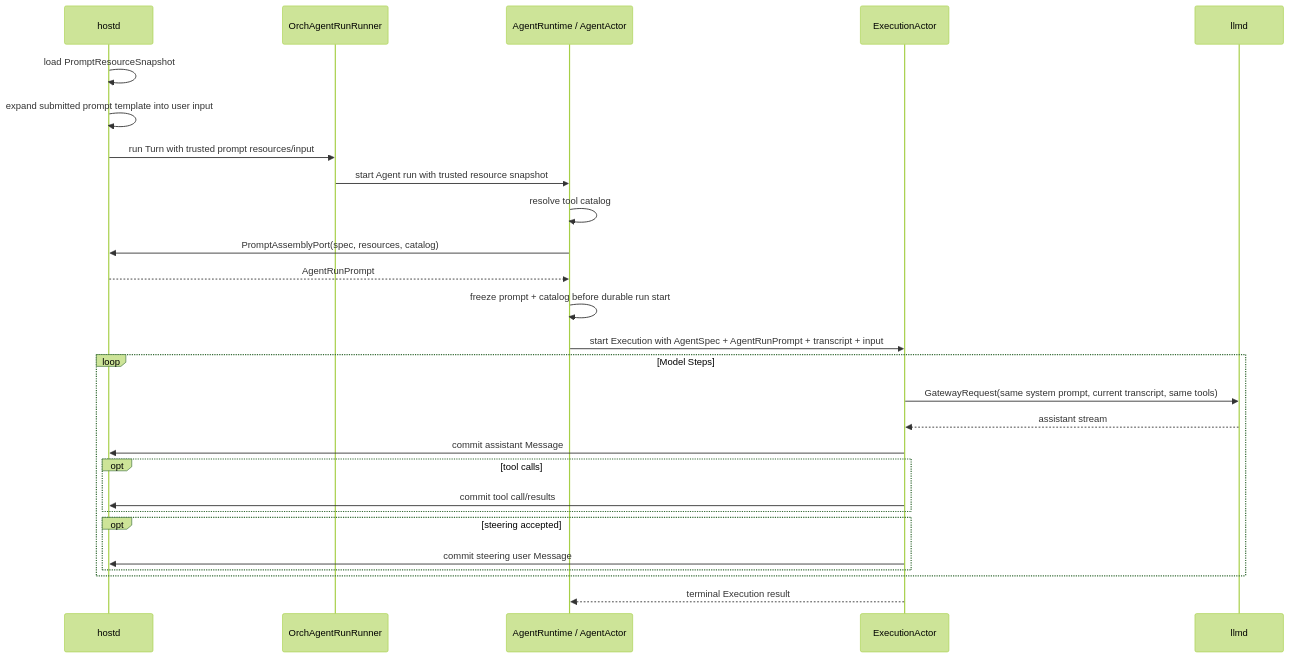
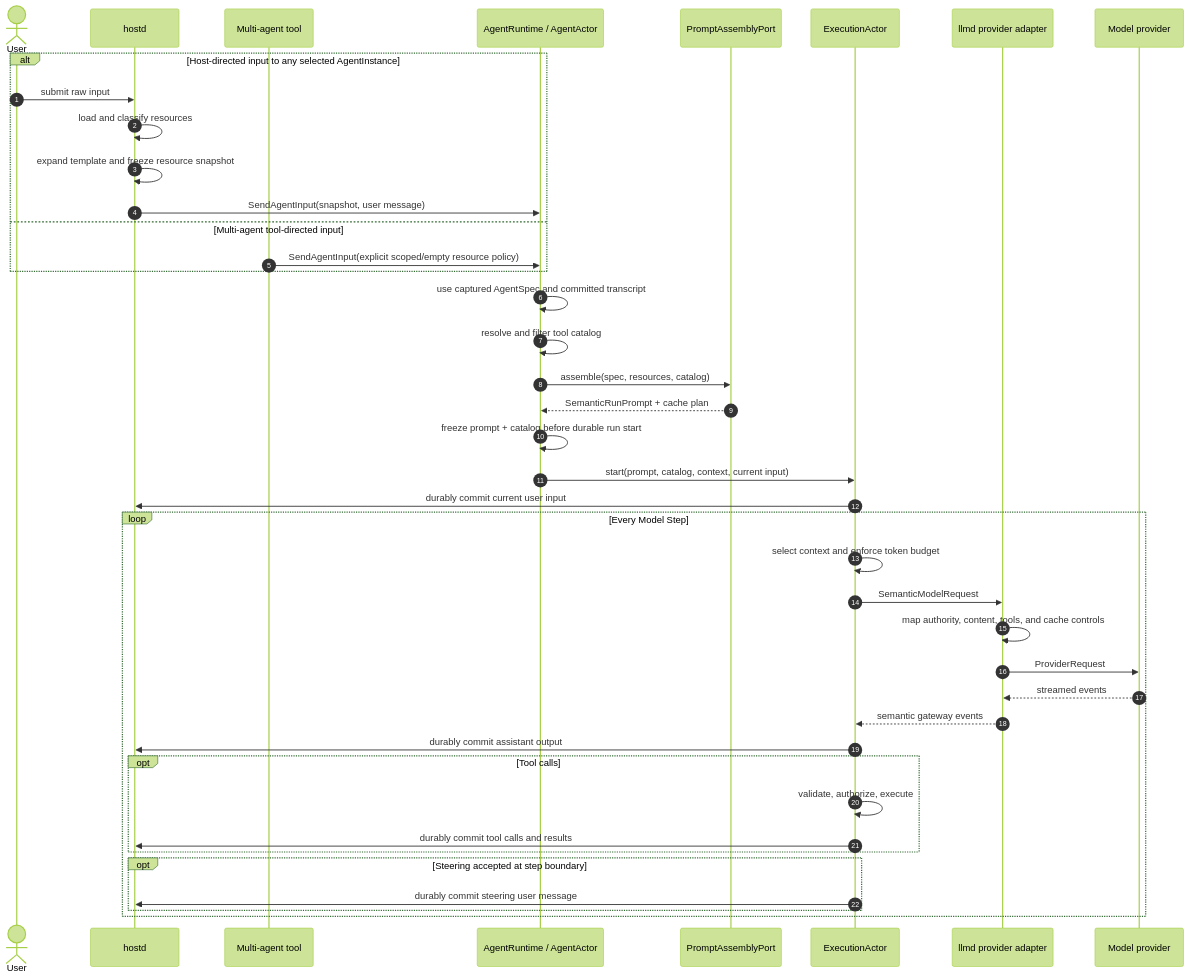
The second of 2 diagrams in docs/agent-prompt-assembly-design.md (biuld/piko), drawn with Mermaid (forest theme) before and after one commit. The commit also changed other lines of this file and 54 other files, not shown here.

First line of the commit message:
refactor(prompt): implement structured semantic prompt blocks and cache segments

````diff
--- a/docs/agent-prompt-assembly-design.md
+++ b/docs/agent-prompt-assembly-design.md
@@ -223,32 +403,48 @@
 ```mermaid
 sequenceDiagram
-    participant H as hostd
-    participant R as OrchAgentRunRunner
-    participant A as AgentRuntime / AgentActor
-    participant E as ExecutionActor
-    participant L as llmd
+    autonumber
+    actor User
+    participant Host as hostd
+    participant Tool as Multi-agent tool
+    participant Agent as AgentRuntime / AgentActor
+    participant Prompt as PromptAssemblyPort
+    participant Exec as ExecutionActor
+    participant Llmd as llmd provider adapter
+    participant Model as Model provider
 
-    H->>H: load PromptResourceSnapshot
-    H->>H: expand submitted prompt template into user input
-    H->>R: run Turn with trusted prompt resources/input
-    R->>A: start Agent run with trusted resource snapshot
-    A->>A: resolve tool catalog
-    A->>H: PromptAssemblyPort(spec, resources, catalog)
-    H-->>A: AgentRunPrompt
-    A->>A: freeze prompt + catalog before durable run start
-    A->>E: start Execution with AgentSpec + AgentRunPrompt + transcript + input
+    alt Host-directed input to any selected AgentInstance
+        User->>Host: submit raw input
+        Host->>Host: load and classify resources
+        Host->>Host: expand template and freeze resource snapshot
+        Host->>Agent: SendAgentInput(snapshot, user message)
+    else Multi-agent tool-directed input
+        Tool->>Agent: SendAgentInput(explicit scoped/empty resource policy)
+    end
 
-    loop Model Steps
-        E->>L: GatewayRequest(same system prompt, current transcript, same tools)
-        L-->>E: assistant stream
-        E->>H: commit assistant Message
-        opt tool calls
-            E->>H: commit tool call/results
+    Agent->>Agent: use captured AgentSpec and committed transcript
+    Agent->>Agent: resolve and filter tool catalog
+    Agent->>Prompt: assemble(spec, resources, catalog)
+    Prompt-->>Agent: SemanticRunPrompt + cache plan
+    Agent->>Agent: freeze prompt + catalog before durable run start
+    Agent->>Exec: start(prompt, catalog, context, current input)
+    Exec->>Host: durably commit current user input
+
+    loop Every Model Step
+        Exec->>Exec: select context and enforce token budget
+        Exec->>Llmd: SemanticModelRequest
+        Llmd->>Llmd: map authority, content, tools, and cache controls
+        Llmd->>Model: ProviderRequest
+        Model-->>Llmd: streamed events
+        Llmd-->>Exec: semantic gateway events
+        Exec->>Host: durably commit assistant output
+
+        opt Tool calls
+            Exec->>Exec: validate, authorize, execute
+            Exec->>Host: durably commit tool calls and results
         end
-        opt steering accepted
-            E->>H: commit steering user Message
+
+        opt Steering accepted at step boundary
+            Exec->>Host: durably commit steering user message
         end
     end
-
-    E-->>A: terminal Execution result
 ```
````
